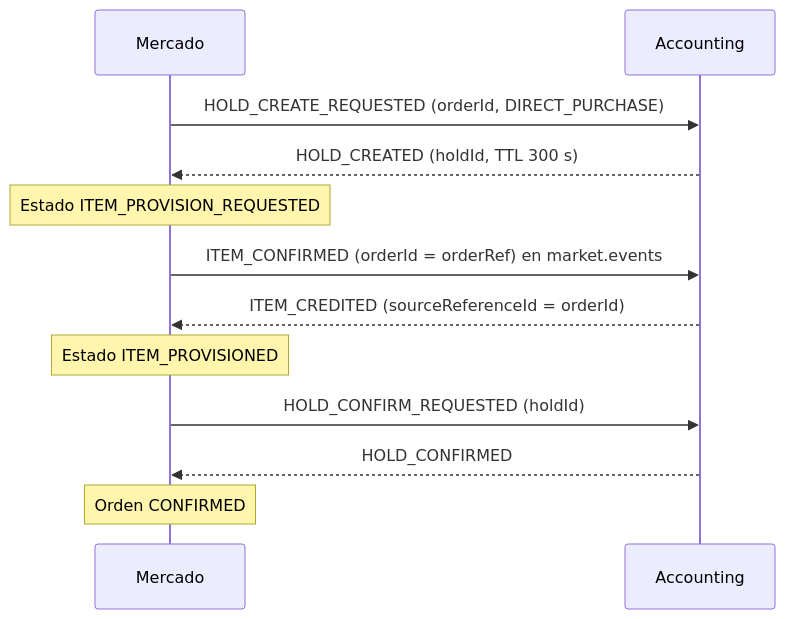
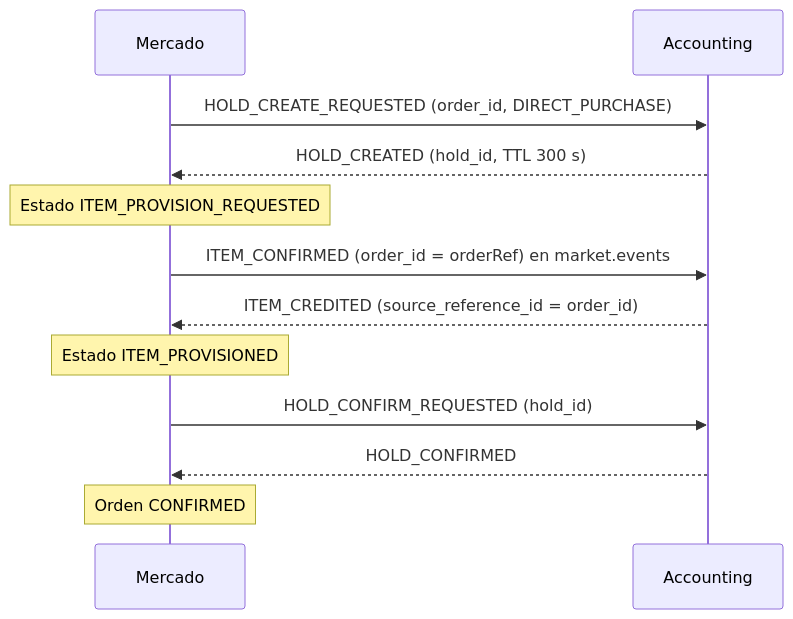
Before and after one commit to ValentinoMellia/tpi-market-vault: the first of 2 diagrams in 01 - Projects/Market Service/Decisiones/DEC-025 - Saga de compra de ítems según la Propuesta C.md, drawn with Mermaid. The commit also changed other lines of this file and 10 other files, not shown here.

````diff
--- a/01 - Projects/Market Service/Decisiones/DEC-025 - Saga de compra de ítems según la Propuesta C.md
+++ b/01 - Projects/Market Service/Decisiones/DEC-025 - Saga de compra de ítems según la Propuesta C.md
@@ -31,14 +31,14 @@
 ```mermaid
 sequenceDiagram
     participant M as Mercado
     participant A as Accounting
-    M->>A: HOLD_CREATE_REQUESTED (orderId, DIRECT_PURCHASE)
-    A-->>M: HOLD_CREATED (holdId, TTL 300 s)
+    M->>A: HOLD_CREATE_REQUESTED (order_id, DIRECT_PURCHASE)
+    A-->>M: HOLD_CREATED (hold_id, TTL 300 s)
     Note over M: Estado ITEM_PROVISION_REQUESTED
-    M->>A: ITEM_CONFIRMED (orderId = orderRef) en market.events
-    A-->>M: ITEM_CREDITED (sourceReferenceId = orderId)
+    M->>A: ITEM_CONFIRMED (order_id = orderRef) en market.events
+    A-->>M: ITEM_CREDITED (source_reference_id = order_id)
     Note over M: Estado ITEM_PROVISIONED
-    M->>A: HOLD_CONFIRM_REQUESTED (holdId)
+    M->>A: HOLD_CONFIRM_REQUESTED (hold_id)
     A-->>M: HOLD_CONFIRMED
     Note over M: Orden CONFIRMED
 ```
````
